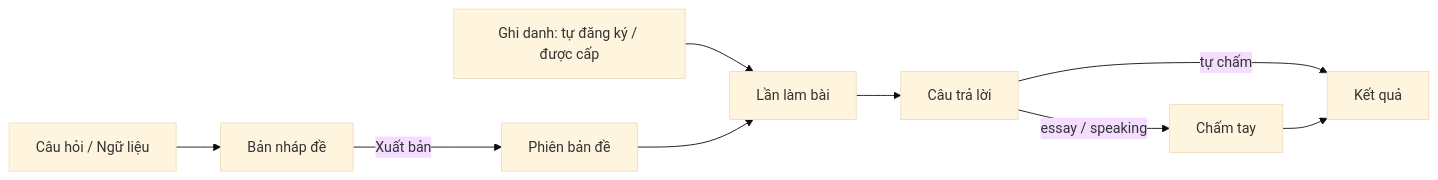
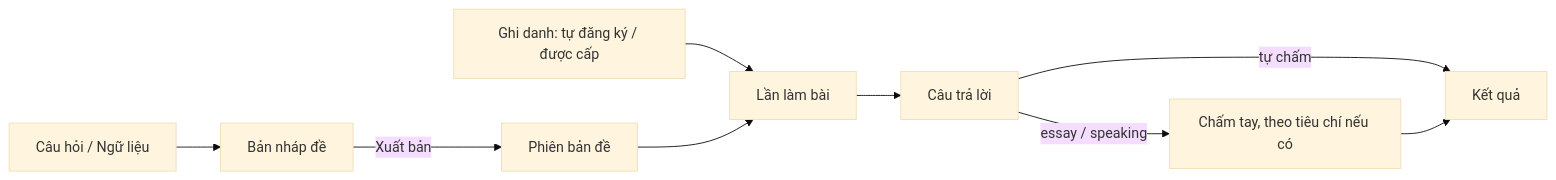
Before and after one commit to tiemtt-ai/lf: the second of 2 diagrams in docs/database/assessment/README.md, drawn with Mermaid (base theme). The commit also changed other lines of this file and 51 other files, not shown here.

````diff
--- a/docs/database/assessment/README.md
+++ b/docs/database/assessment/README.md
@@ -119,10 +128,10 @@
 ```mermaid
 flowchart LR
     A[Câu hỏi / Ngữ liệu] --> B[Bản nháp đề]
     B -->|Xuất bản| C[Phiên bản đề]
     D[Ghi danh: tự đăng ký / được cấp] --> E[Lần làm bài]
     C --> E
     E --> F[Câu trả lời]
     F -->|tự chấm| G[Kết quả]
-    F -->|essay / speaking| H[Chấm tay] --> G
+    F -->|essay / speaking| H[Chấm tay, theo tiêu chí nếu có] --> G
 ```
````
